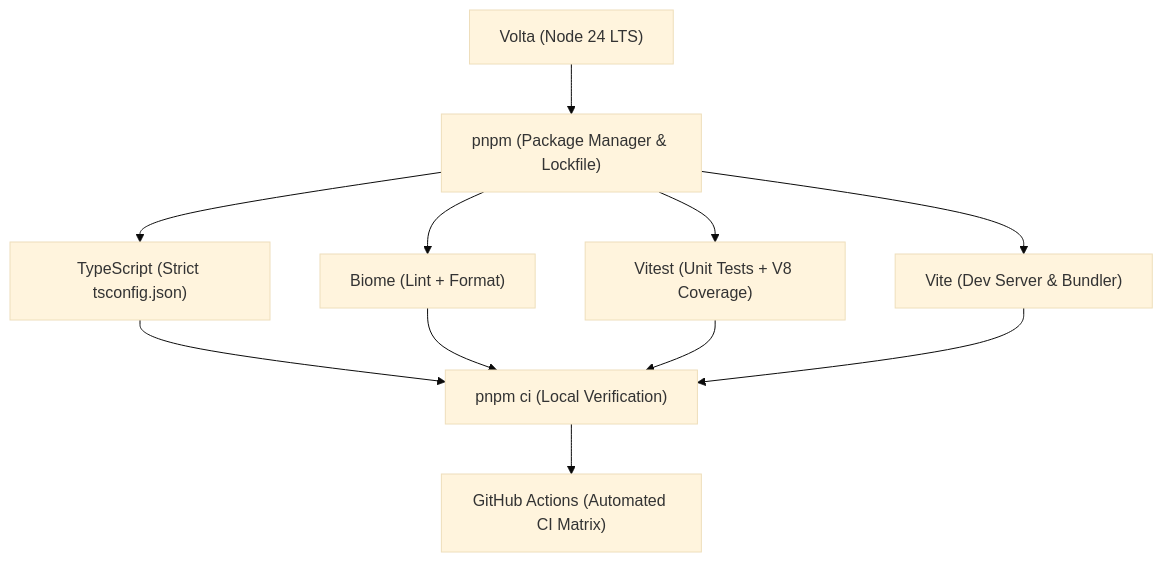
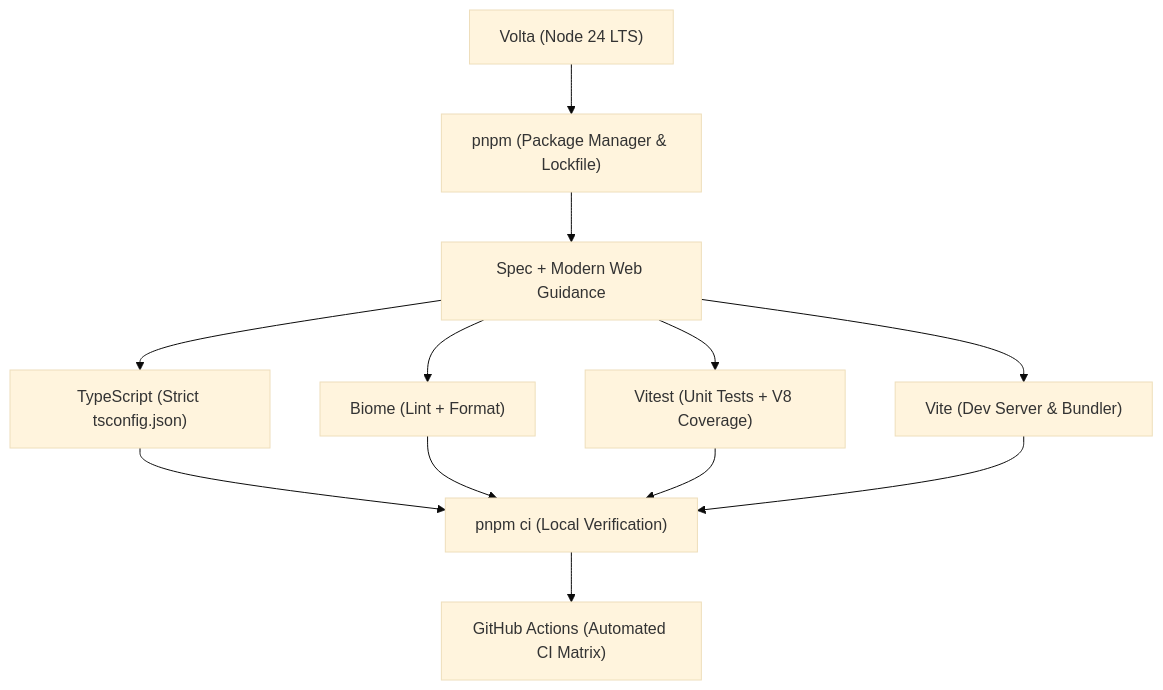
The diagram in 15-putting-it-together.md (amitsk/typescript-development-env), drawn with Mermaid (base theme) before and after one commit. The commit also changed other lines of this file and 18 other files, not shown here.

Commit message:
Streamline tutorial with student-friendly tone, remove comparison tables, and add spec and modern-web-guidance to Chapter 15

````diff
--- a/15-putting-it-together.md
+++ b/15-putting-it-together.md
@@ -28,13 +9,14 @@
 ```mermaid
 flowchart TD
     Volta["Volta (Node 24 LTS)"] --> Pnpm["pnpm (Package Manager & Lockfile)"]
-    Pnpm --> Vite["Vite (Dev Server & Bundler)"]
-    Pnpm --> TS["TypeScript (Strict tsconfig.json)"]
-    Pnpm --> Biome["Biome (Lint + Format)"]
-    Pnpm --> Vitest["Vitest (Unit Tests + V8 Coverage)"]
+    Pnpm --> Spec["Spec + Modern Web Guidance"]
+    Spec --> Vite["Vite (Dev Server & Bundler)"]
+    Spec --> TS["TypeScript (Strict tsconfig.json)"]
+    Spec --> Biome["Biome (Lint + Format)"]
+    Spec --> Vitest["Vitest (Unit Tests + V8 Coverage)"]
     TS --> LocalCI["pnpm ci (Local Verification)"]
     Biome --> LocalCI
     Vitest --> LocalCI
     Vite --> LocalCI
     LocalCI --> GHA["GitHub Actions (Automated CI Matrix)"]
 ```
````
